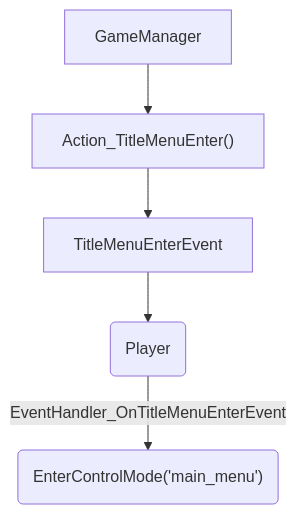
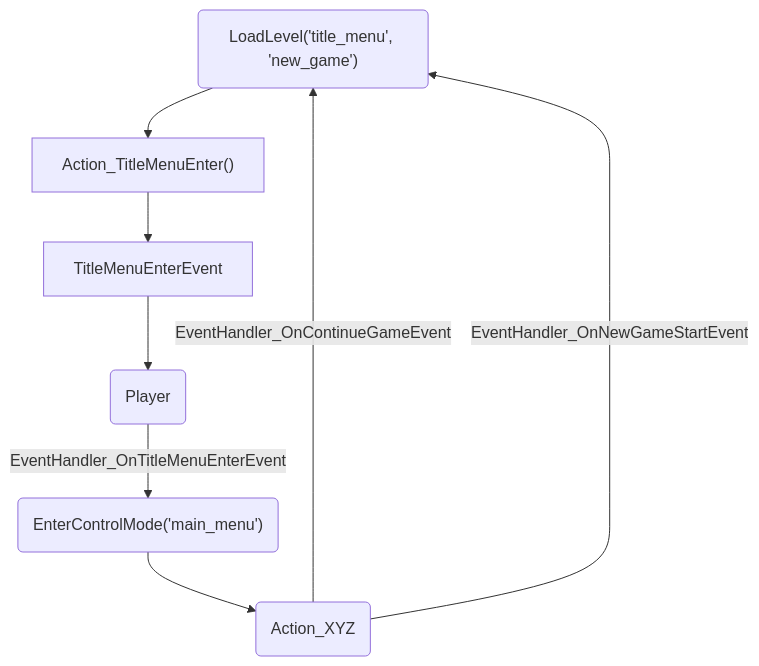
One commit to gsg-jay/GamePatterns changed the third of 6 diagrams in EventFlow.md. Above: the diagram before and after it, drawn with Mermaid. The commit also changed other lines of this file, not shown here.

````diff
--- a/EventFlow.md
+++ b/EventFlow.md
@@ -26,7 +28,9 @@
 ```mermaid
 flowchart TD;
 gm["GameManager"]
 gm-->gs["Action_TitleMenuEnter()"]
 gs-->e["TitleMenuEnterEvent"]
 e-->p("Player")-->|EventHandler_OnTitleMenuEnterEvent|peh("EnterControlMode('main_menu')")
+peh-->act(Action_ABC)-->|EventHandler_OnContinueGameEvent|gm("LoadLevel(<level from game data>, <args from game data>)")
+act(Action_XYZ)-->|EventHandler_OnNewGameStartEvent|gm("LoadLevel('title_menu', 'new_game')")
 ```
````
